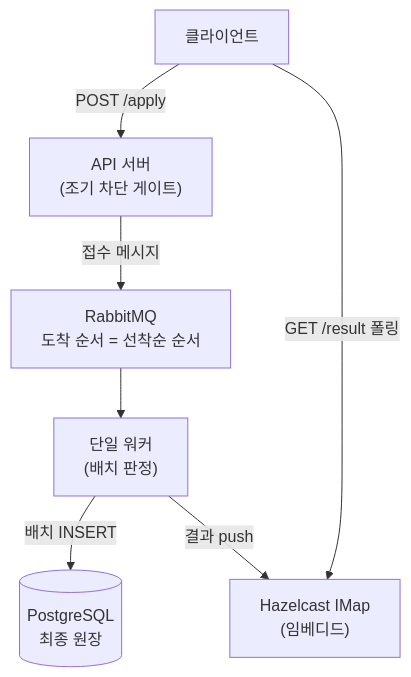
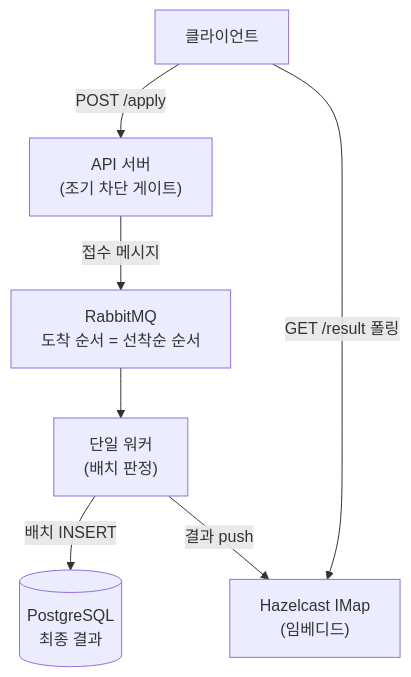
The diagram in Readme.md (haneulch/first-in-demo), drawn with Mermaid before and after one commit. The commit also changed other lines of this file, not shown here.

````diff
--- a/Readme.md
+++ b/Readme.md
@@ -23,9 +23,9 @@
 ```mermaid
 flowchart TB
     C[클라이언트] -->|POST /apply| A["API 서버<br/>(조기 차단 게이트)"]
     A -->|접수 메시지| Q[RabbitMQ<br/>도착 순서 = 선착순 순서]
     Q --> W["단일 워커<br/>(배치 판정)"]
-    W -->|배치 INSERT| D[(PostgreSQL<br/>최종 원장)]
+    W -->|배치 INSERT| D[(PostgreSQL<br/>최종 결과)]
     W -->|결과 push| H["Hazelcast IMap<br/>(임베디드)"]
     C -->|GET /result 폴링| H
 ```
````
